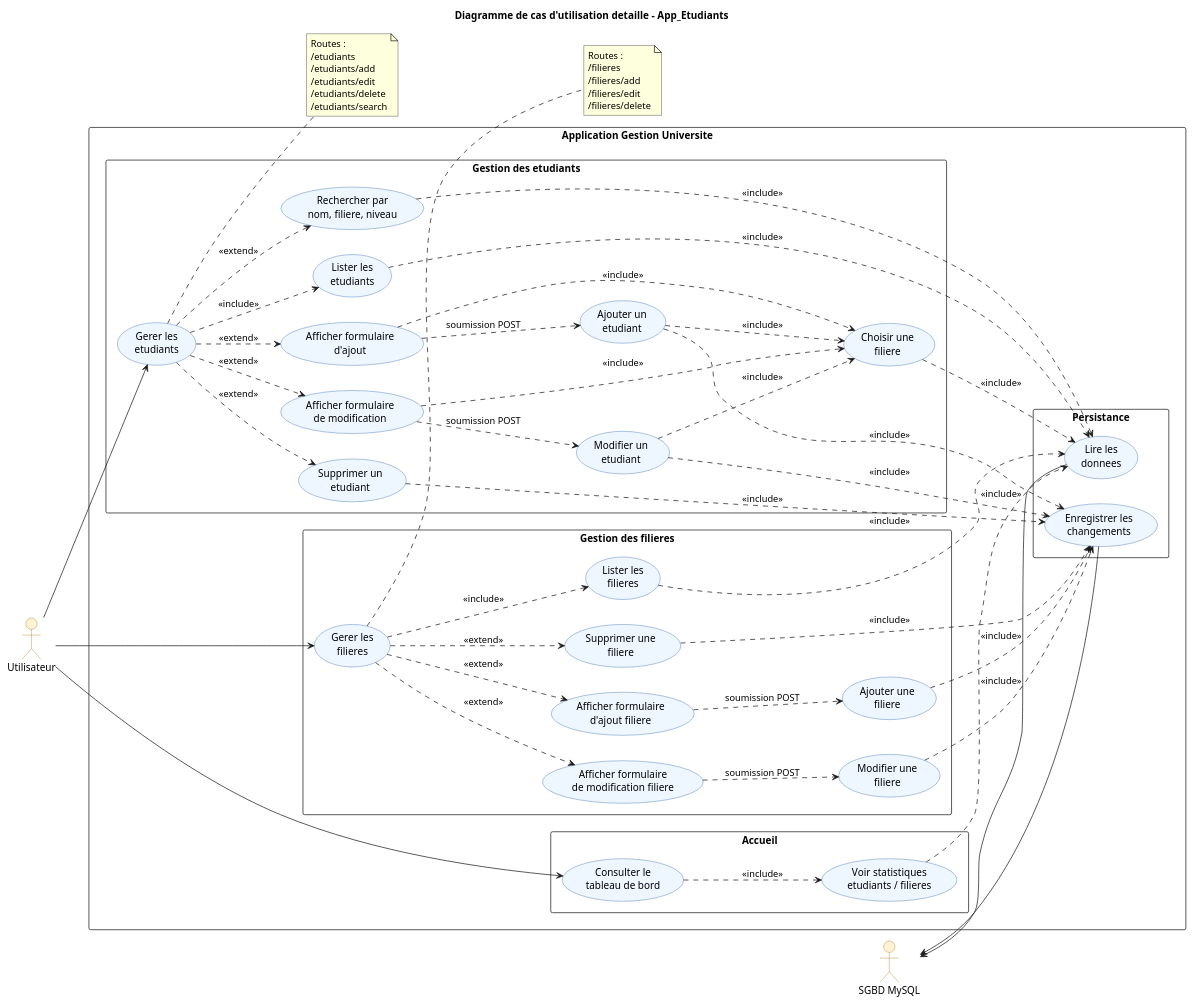
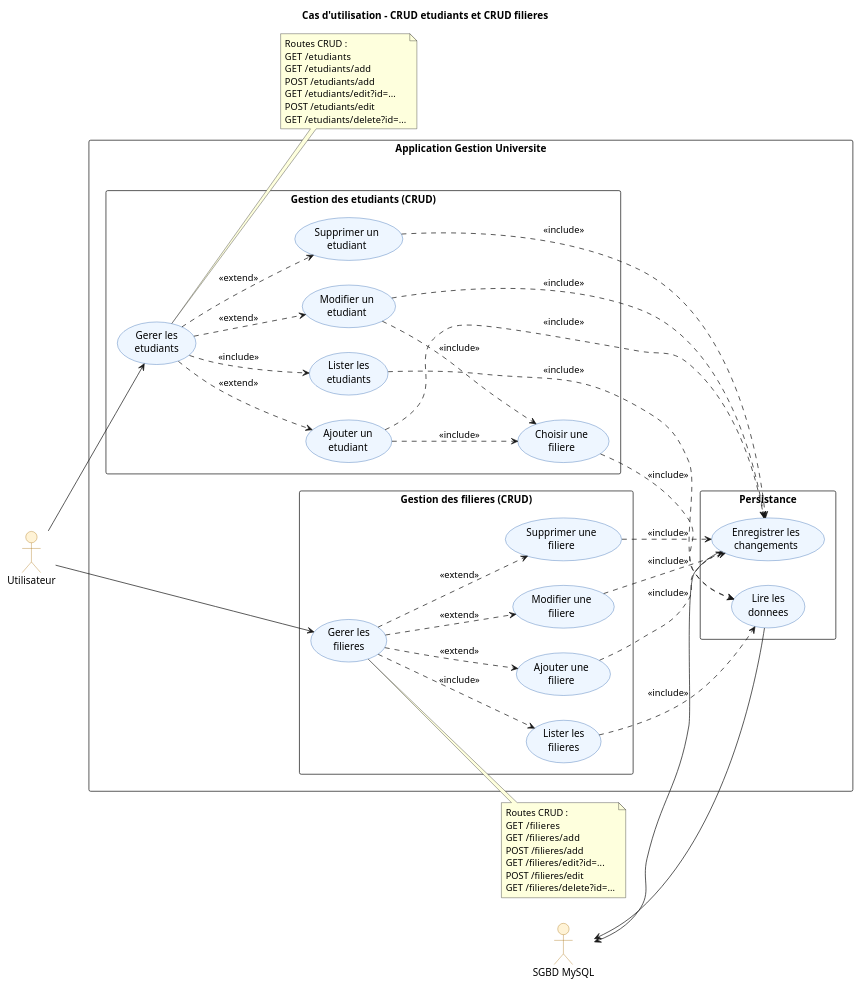
Before and after one commit to mehdidabaj/app-etudiant: the diagram in docs/uml/use-case.puml, drawn with PlantUML. The commit also changed 10 other files, not shown here.

Commit message:
Focus UML diagrams on student and filiere CRUD

```diff
--- a/docs/uml/use-case.puml
+++ b/docs/uml/use-case.puml
@@ -1,111 +1,91 @@
 @startuml
-title Diagramme de cas d'utilisation detaille - App_Etudiants
+title Cas d'utilisation - CRUD etudiants et CRUD filieres
 left to right direction
 skinparam packageStyle rectangle
 skinparam shadowing false
 skinparam usecase {
   BackgroundColor #EEF6FF
   BorderColor #1E5AA8
 }
 skinparam actor {
   BackgroundColor #FFF3D6
   BorderColor #A66A00
 }
 
 actor "Utilisateur" as Utilisateur
 actor "SGBD MySQL" as MySQL
 
 rectangle "Application Gestion Universite" {
-  package "Accueil" {
-    usecase "Consulter le\ntableau de bord" as UC_Dashboard
-    usecase "Voir statistiques\netudiants / filieres" as UC_Stats
-  }
-
-  package "Gestion des etudiants" {
+  package "Gestion des etudiants (CRUD)" {
     usecase "Gerer les\netudiants" as UC_GererEtudiants
     usecase "Lister les\netudiants" as UC_ListerEtudiants
-    usecase "Rechercher par\nnom, filiere, niveau" as UC_RechercherEtudiants
-    usecase "Afficher formulaire\nd'ajout" as UC_FormAjoutEtudiant
     usecase "Ajouter un\netudiant" as UC_AjouterEtudiant
-    usecase "Afficher formulaire\nde modification" as UC_FormEditEtudiant
     usecase "Modifier un\netudiant" as UC_ModifierEtudiant
     usecase "Supprimer un\netudiant" as UC_SupprimerEtudiant
     usecase "Choisir une\nfiliere" as UC_ChoisirFiliere
   }
 
-  package "Gestion des filieres" {
+  package "Gestion des filieres (CRUD)" {
     usecase "Gerer les\nfilieres" as UC_GererFilieres
     usecase "Lister les\nfilieres" as UC_ListerFilieres
-    usecase "Afficher formulaire\nd'ajout filiere" as UC_FormAjoutFiliere
     usecase "Ajouter une\nfiliere" as UC_AjouterFiliere
-    usecase "Afficher formulaire\nde modification filiere" as UC_FormEditFiliere
     usecase "Modifier une\nfiliere" as UC_ModifierFiliere
     usecase "Supprimer une\nfiliere" as UC_SupprimerFiliere
   }
 
   package "Persistance" {
     usecase "Lire les\ndonnees" as UC_Lire
     usecase "Enregistrer les\nchangements" as UC_Ecrire
   }
 }
 
-Utilisateur --> UC_Dashboard
 Utilisateur --> UC_GererEtudiants
 Utilisateur --> UC_GererFilieres
 
-UC_Dashboard ..> UC_Stats : <<include>>
-UC_Stats ..> UC_Lire : <<include>>
-
 UC_GererEtudiants ..> UC_ListerEtudiants : <<include>>
-UC_GererEtudiants ..> UC_RechercherEtudiants : <<extend>>
-UC_GererEtudiants ..> UC_FormAjoutEtudiant : <<extend>>
-UC_GererEtudiants ..> UC_FormEditEtudiant : <<extend>>
+UC_GererEtudiants ..> UC_AjouterEtudiant : <<extend>>
+UC_GererEtudiants ..> UC_ModifierEtudiant : <<extend>>
 UC_GererEtudiants ..> UC_SupprimerEtudiant : <<extend>>
 
-UC_FormAjoutEtudiant ..> UC_ChoisirFiliere : <<include>>
 UC_AjouterEtudiant ..> UC_ChoisirFiliere : <<include>>
-UC_FormEditEtudiant ..> UC_ChoisirFiliere : <<include>>
 UC_ModifierEtudiant ..> UC_ChoisirFiliere : <<include>>
 
-UC_FormAjoutEtudiant ..> UC_AjouterEtudiant : soumission POST
-UC_FormEditEtudiant ..> UC_ModifierEtudiant : soumission POST
-
 UC_ListerEtudiants ..> UC_Lire : <<include>>
-UC_RechercherEtudiants ..> UC_Lire : <<include>>
 UC_ChoisirFiliere ..> UC_Lire : <<include>>
 UC_AjouterEtudiant ..> UC_Ecrire : <<include>>
 UC_ModifierEtudiant ..> UC_Ecrire : <<include>>
 UC_SupprimerEtudiant ..> UC_Ecrire : <<include>>
 
 UC_GererFilieres ..> UC_ListerFilieres : <<include>>
-UC_GererFilieres ..> UC_FormAjoutFiliere : <<extend>>
-UC_GererFilieres ..> UC_FormEditFiliere : <<extend>>
+UC_GererFilieres ..> UC_AjouterFiliere : <<extend>>
+UC_GererFilieres ..> UC_ModifierFiliere : <<extend>>
 UC_GererFilieres ..> UC_SupprimerFiliere : <<extend>>
-UC_FormAjoutFiliere ..> UC_AjouterFiliere : soumission POST
-UC_FormEditFiliere ..> UC_ModifierFiliere : soumission POST
 
 UC_ListerFilieres ..> UC_Lire : <<include>>
 UC_AjouterFiliere ..> UC_Ecrire : <<include>>
 UC_ModifierFiliere ..> UC_Ecrire : <<include>>
 UC_SupprimerFiliere ..> UC_Ecrire : <<include>>
 
 MySQL <-- UC_Lire
 MySQL <-- UC_Ecrire
 
 note right of UC_GererEtudiants
-  Routes :
-  /etudiants
-  /etudiants/add
-  /etudiants/edit
-  /etudiants/delete
-  /etudiants/search
+  Routes CRUD :
+  GET  /etudiants
+  GET  /etudiants/add
+  POST /etudiants/add
+  GET  /etudiants/edit?id=...
+  POST /etudiants/edit
+  GET  /etudiants/delete?id=...
 end note
 
 note right of UC_GererFilieres
-  Routes :
-  /filieres
-  /filieres/add
-  /filieres/edit
-  /filieres/delete
+  Routes CRUD :
+  GET  /filieres
+  GET  /filieres/add
+  POST /filieres/add
+  GET  /filieres/edit?id=...
+  POST /filieres/edit
+  GET  /filieres/delete?id=...
 end note
 @enduml
```
